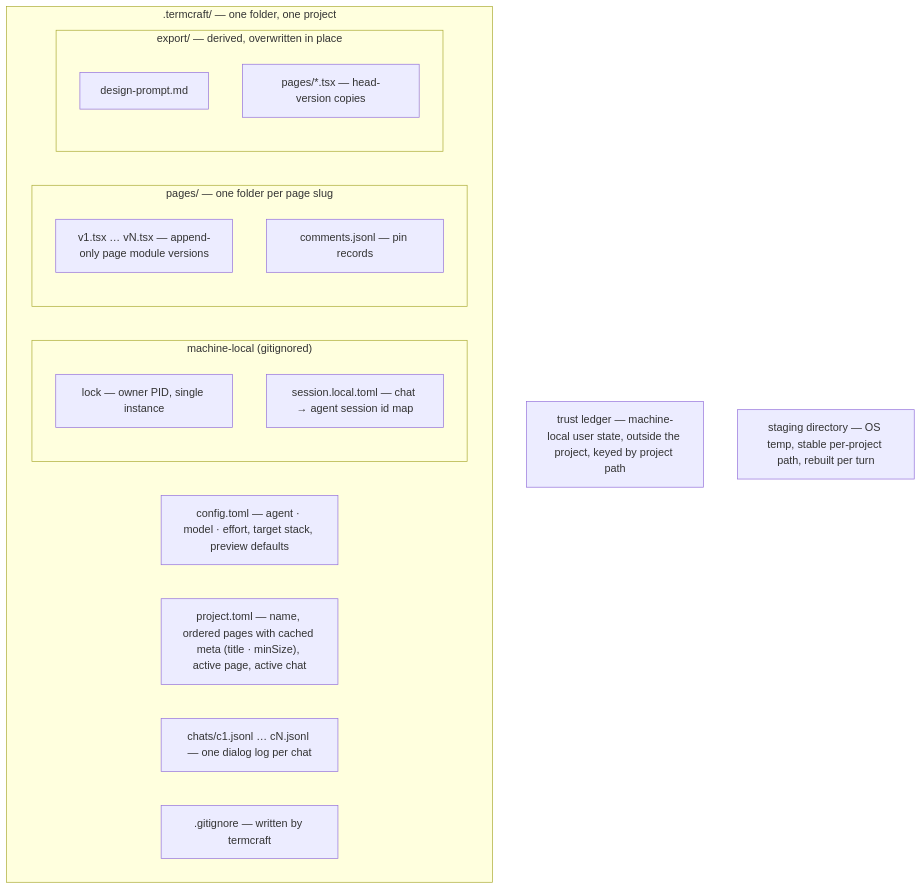
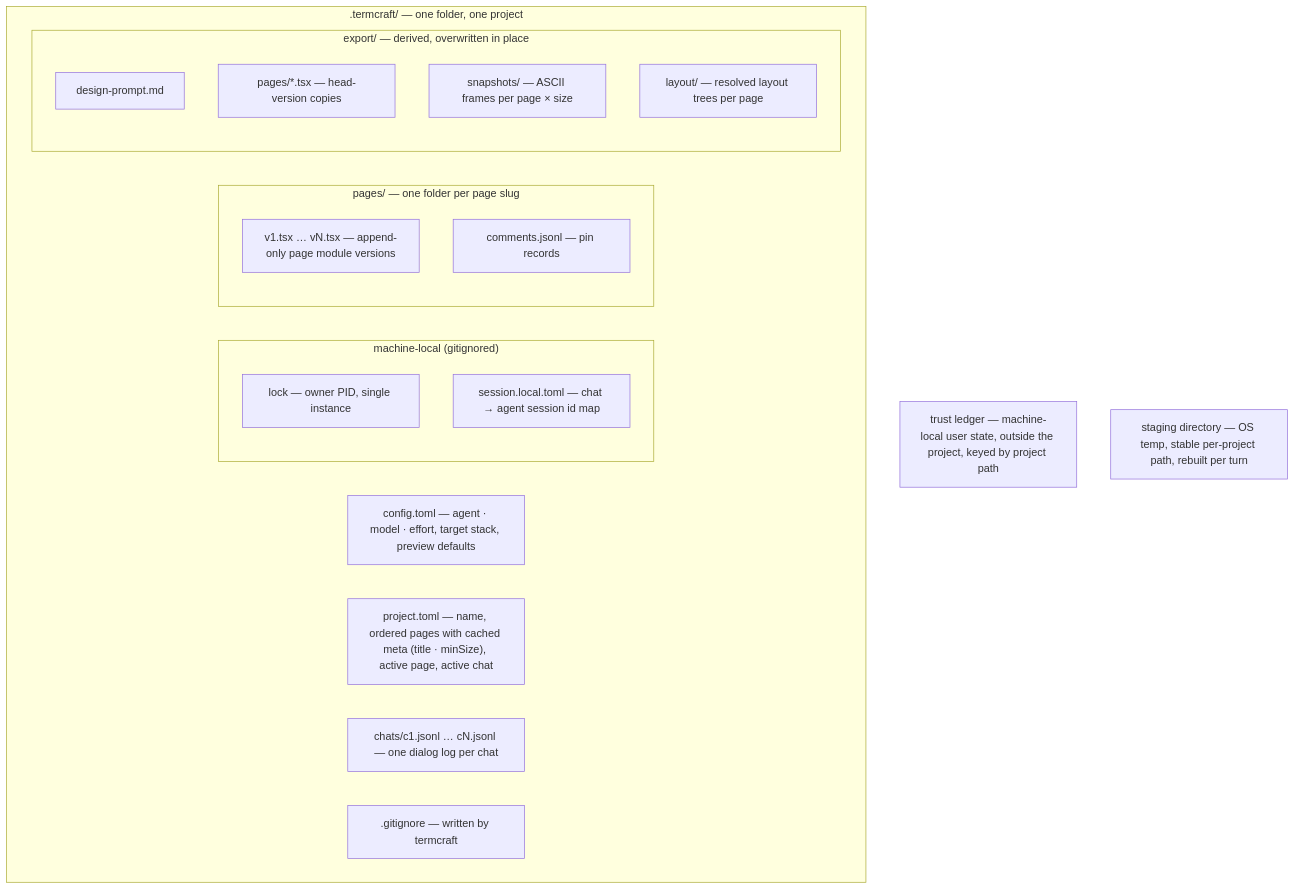
Before and after one commit to khmilevoi/termcraft: the diagram in docs/architecture/storage.md, drawn with Mermaid. The commit also changed 5 other files, not shown here.

First line of the commit message:
docs(spec): export gains multi-size snapshots and resolved layout trees

````diff
--- a/docs/architecture/storage.md
+++ b/docs/architecture/storage.md
@@ -3,23 +3,25 @@
 ```mermaid
 flowchart TB
     subgraph tc[".termcraft/ — one folder, one project"]
         cfg["config.toml — agent · model · effort, target stack, preview defaults"]
         proj["project.toml — name, ordered pages with cached meta (title · minSize), active page, active chat"]
         chats["chats/c1.jsonl … cN.jsonl — one dialog log per chat"]
         gi[".gitignore — written by termcraft"]
         subgraph localonly["machine-local (gitignored)"]
             lock["lock — owner PID, single instance"]
             sess["session.local.toml — chat → agent session id map"]
         end
         subgraph pg["pages/ — one folder per page slug"]
             vers["v1.tsx … vN.tsx — append-only page module versions"]
             comm["comments.jsonl — pin records"]
         end
         subgraph ex["export/ — derived, overwritten in place"]
             dp["design-prompt.md"]
             ptsx["pages/*.tsx — head-version copies"]
+            snaps["snapshots/ — ASCII frames per page × size"]
+            lay["layout/ — resolved layout trees per page"]
         end
     end
     trust["trust ledger — machine-local user state, outside the project, keyed by project path"]
     scratch["staging directory — OS temp, stable per-project path, rebuilt per turn"]
 ```
````
